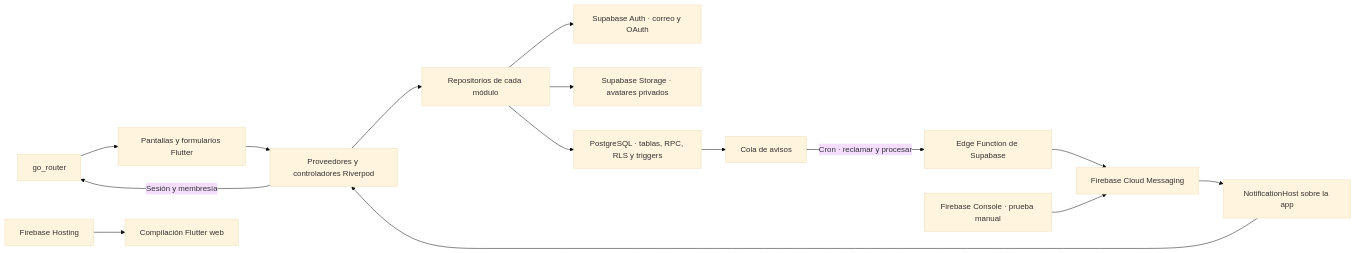
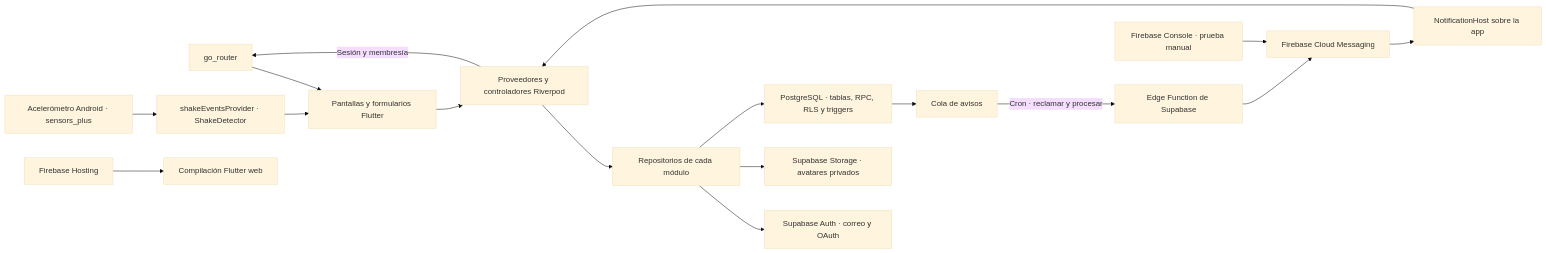
The first of 12 diagrams in docs/MANUAL.md (EMSiiU/casa_en_juego), drawn with Mermaid (base theme) before and after one commit. The commit also changed other lines of this file and 11 other files, not shown here.

Commit message:
feat: Implement shake gesture to suggest tasks in Android

````diff
--- a/docs/MANUAL.md
+++ b/docs/MANUAL.md
@@ -21,17 +21,19 @@
 ```mermaid
 flowchart LR
     Router["go_router"] --> UI["Pantallas y formularios Flutter"]
     UI --> State["Proveedores y controladores Riverpod"]
     State --> Repo["Repositorios de cada módulo"]
+    Sensor["Acelerómetro Android · sensors_plus"] --> Shake["shakeEventsProvider · ShakeDetector"]
+    Shake --> UI
     State -->|"Sesión y membresía"| Router
     Repo --> Auth["Supabase Auth · correo y OAuth"]
     Repo --> Storage["Supabase Storage · avatares privados"]
     Repo --> DB["PostgreSQL · tablas, RPC, RLS y triggers"]
     DB --> Queue["Cola de avisos"]
     Queue -->|"Cron · reclamar y procesar"| Edge["Edge Function de Supabase"]
     Edge --> FCM["Firebase Cloud Messaging"]
     Console["Firebase Console · prueba manual"] --> FCM
     FCM --> Host["NotificationHost sobre la app"]
     Host --> State
     Hosting["Firebase Hosting"] --> Web["Compilación Flutter web"]
 ```
````
